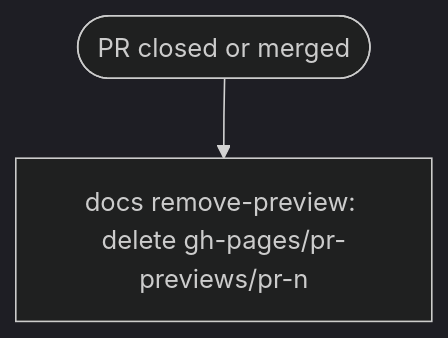
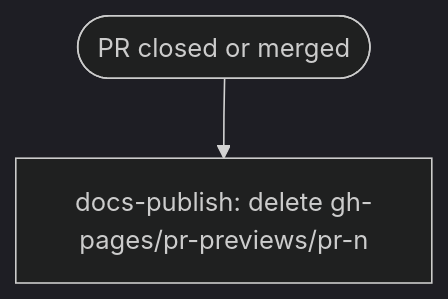
One commit to HEROgold/confkit changed the second of 4 diagrams in docs/ci.md. Above: the diagram before and after it, drawn with Mermaid (dark theme). The commit also changed other lines of this file, not shown here.

First line of the commit message:
docs: show docs-publish as its own step in the CI page

````diff
--- a/docs/ci.md
+++ b/docs/ci.md
@@ -49,4 +52,4 @@
 ```mermaid
 flowchart TD
-    closed([PR closed or merged]) --> remove[docs remove-preview: delete gh-pages/pr-previews/pr-n]
+    closed([PR closed or merged]) --> remove[docs-publish: delete gh-pages/pr-previews/pr-n]
 ```
````
